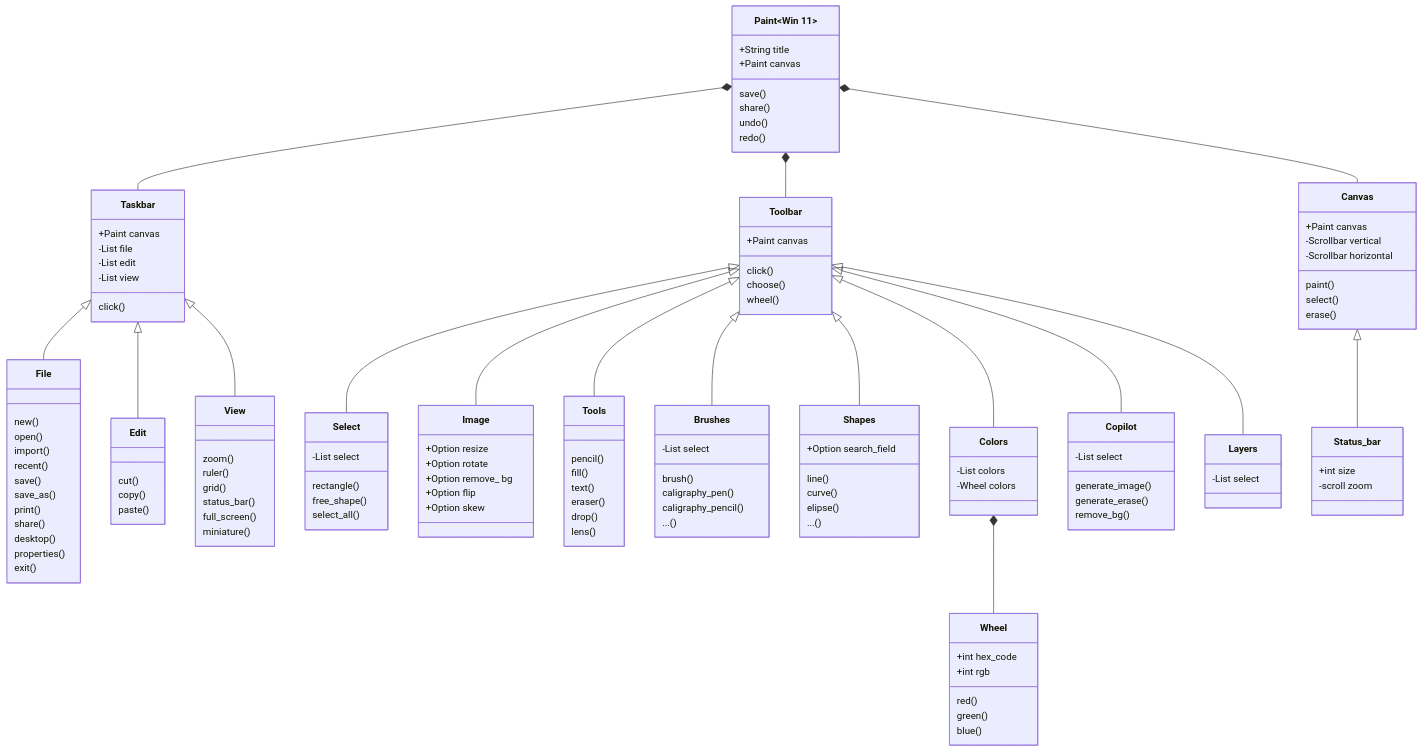
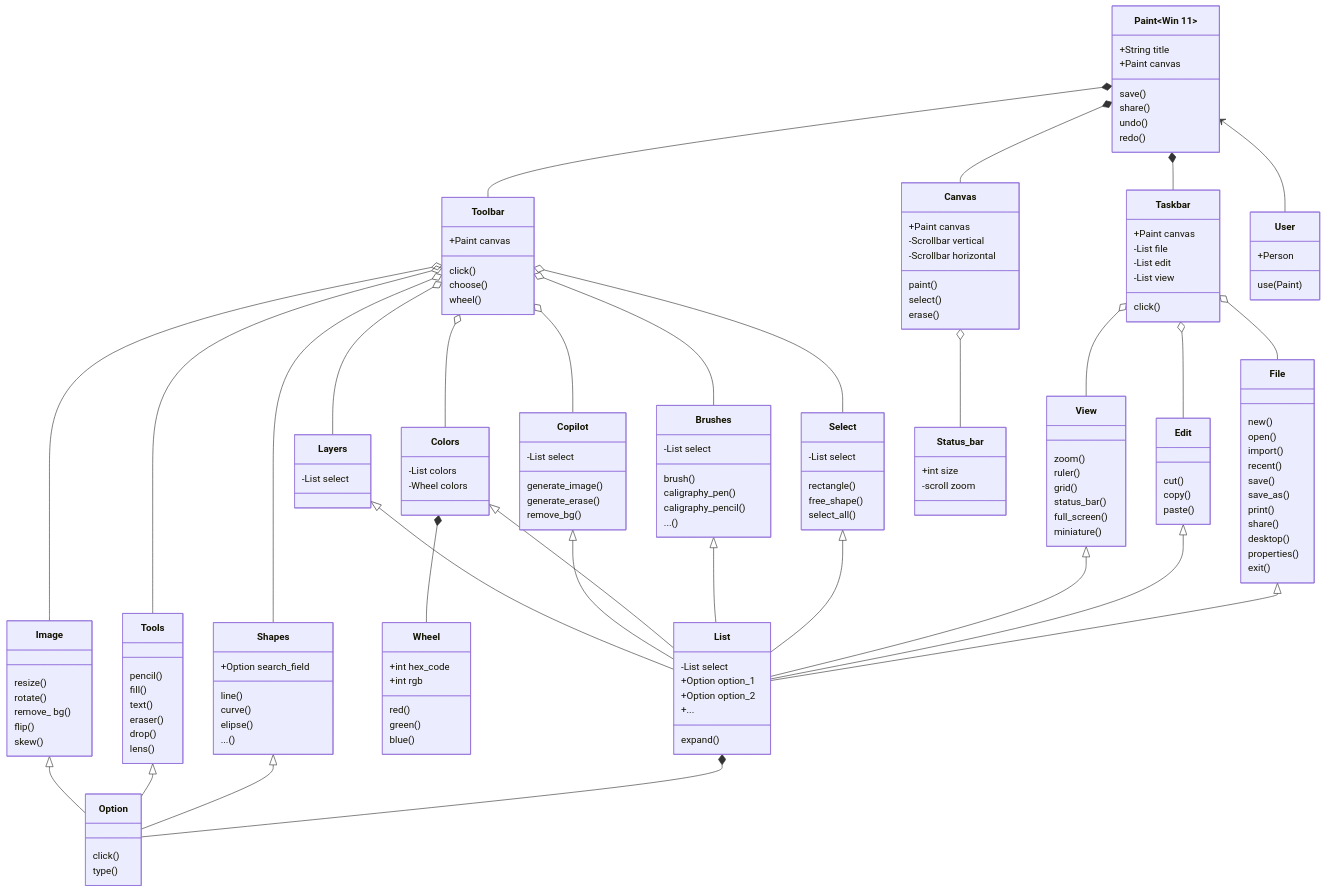
One commit to angutierrezgi/reto_2 changed the diagram in README.md. Above: the diagram before and after it, drawn with Mermaid. The commit also changed other lines of this file, not shown here.

````diff
--- a/README.md
+++ b/README.md
@@ -52,14 +52,14 @@
     properties()
     exit()
 }
-Taskbar <|-- File
+Taskbar o-- File
 
 class Edit {
     cut()
     copy()
     paste()
 }
-Taskbar <|-- Edit
+Taskbar o-- Edit
 
 class View {
     zoom()
@@ -69,7 +69,7 @@
     full_screen()
     miniature()
 }
-Taskbar <|-- View
+Taskbar o-- View
 
 class Select {
     -List select
@@ -77,16 +77,16 @@
     free_shape()
     select_all()
 }
-Toolbar <|-- Select
+Toolbar o-- Select
 
 class Image {
-    +Option resize
-    +Option rotate
-    +Option remove_ bg
-    +Option flip
-    +Option skew
+    resize()
+    rotate()
+    remove_ bg()
+    flip()
+    skew()
 }
-Toolbar <|-- Image
+Toolbar o-- Image
 
 class Tools {
     pencil()
@@ -96,7 +96,7 @@
     drop()
     lens()
 }
-Toolbar <|-- Tools
+Toolbar o-- Tools
 
 class Brushes {
     -List select
@@ -105,7 +105,7 @@
     caligraphy_pencil()
     ...()
 }
-Toolbar <|-- Brushes
+Toolbar o-- Brushes
 
 class Shapes {
     +Option search_field
@@ -114,13 +114,13 @@
     elipse()
     ...()
 }
-Toolbar <|-- Shapes
+Toolbar o-- Shapes
 
 class Colors {
     -List colors
     -Wheel colors
 }
-Toolbar <|-- Colors
+Toolbar o-- Colors
 
 class Copilot {
     -List select
@@ -128,18 +128,18 @@
     generate_erase()
     remove_bg()
 }
-Toolbar <|-- Copilot
+Toolbar o-- Copilot
 
 class Layers {
     -List select
 }
-Toolbar <|-- Layers
+Toolbar o-- Layers
 
 class Status_bar {
     +int size
     -scroll zoom
 }
-Canvas <|-- Status_bar
+Canvas o-- Status_bar
 
 class Wheel {
     +int hex_code
@@ -149,4 +149,37 @@
     blue()
 }
 Colors *-- Wheel
+
+class List {
+    -List select
+    +Option option_1
+    +Option option_2
+    +...
+    expand()
+}
+List *-- Option
+
+class Option {
+    click()
+    type()
+}
+
+class User {
+    +Person
+    use(Paint)
+}
+Paint <-- User
+
+File <|-- List
+Edit <|-- List
+View <|-- List
+Select <|-- List
+Brushes <|-- List
+Colors <|-- List
+Copilot <|-- List
+Layers <|-- List
+
+Shapes <|-- Option
+Tools <|-- Option
+Image <|-- Option
 ```
````
